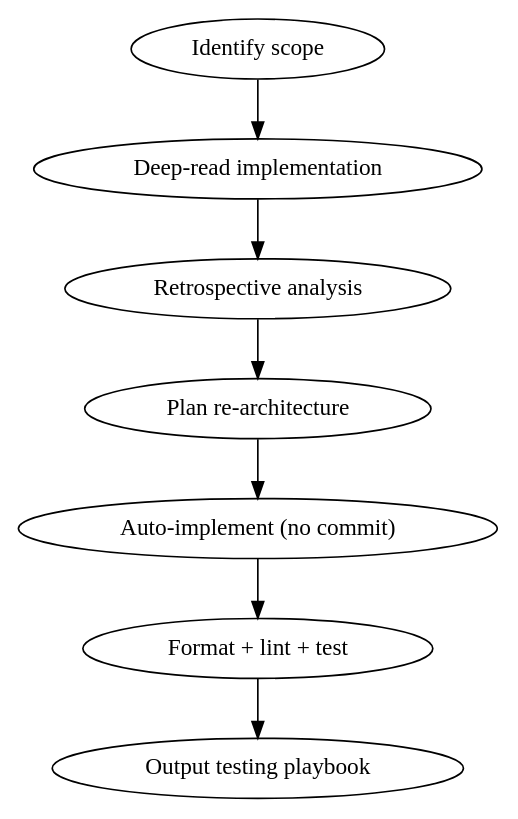
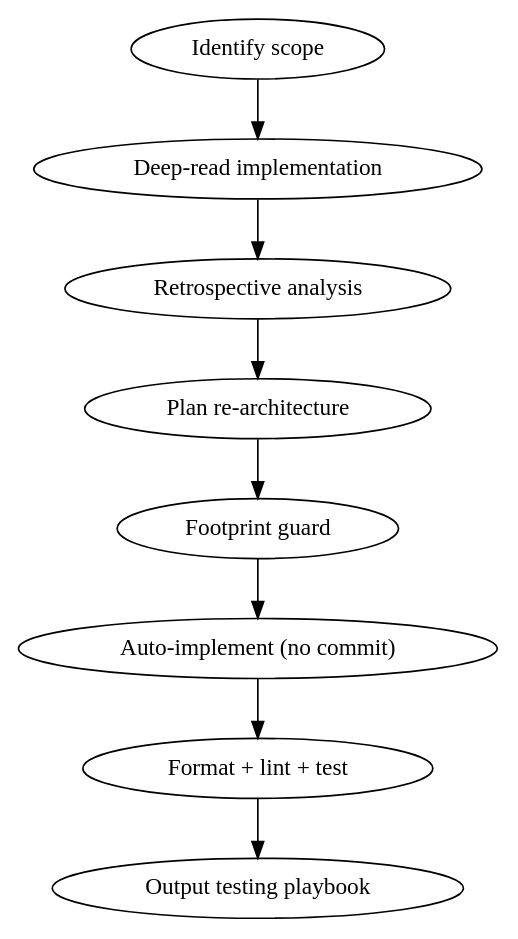
Before and after one commit to AdamCaviness/agentic-toolkit: the diagram in skills/get-it-right/SKILL.md, drawn with Graphviz. The commit also changed other lines of this file and 2 other files, not shown here.

First line of the commit message:
feat(get-it-right): footprint guard before auto-implementation (#60)

````diff
--- a/skills/get-it-right/SKILL.md
+++ b/skills/get-it-right/SKILL.md
@@ -12,11 +12,12 @@
 ```dot
 digraph get_it_right {
     rankdir=TB;
     "Identify scope" -> "Deep-read implementation";
     "Deep-read implementation" -> "Retrospective analysis";
     "Retrospective analysis" -> "Plan re-architecture";
-    "Plan re-architecture" -> "Auto-implement (no commit)";
+    "Plan re-architecture" -> "Footprint guard";
+    "Footprint guard" -> "Auto-implement (no commit)";
     "Auto-implement (no commit)" -> "Format + lint + test";
     "Format + lint + test" -> "Output testing playbook";
 }
 ```
````
